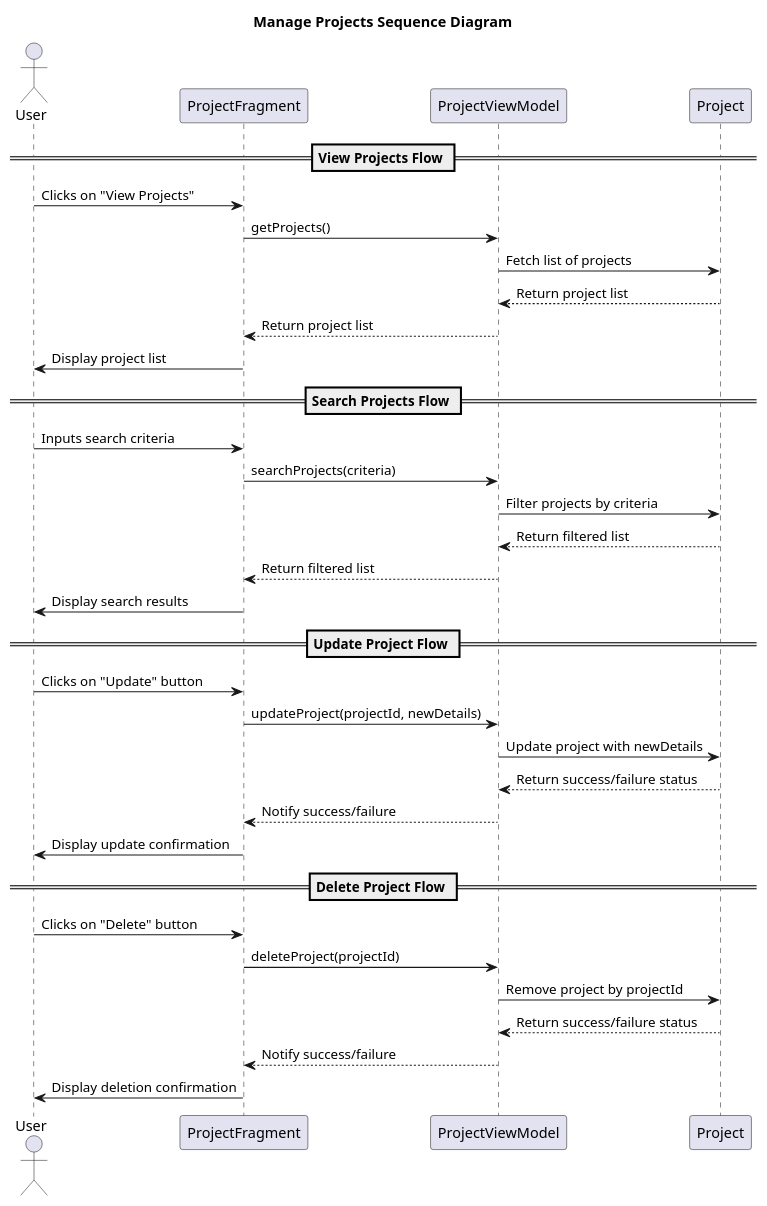
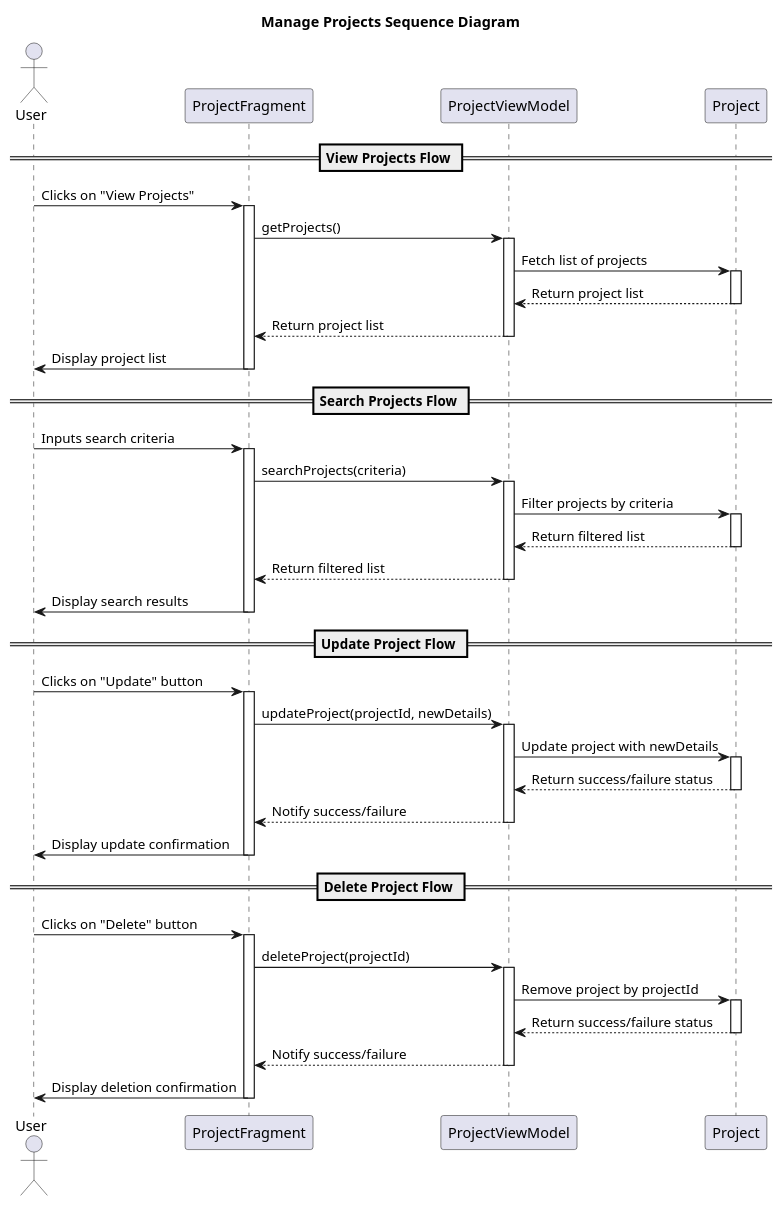
The diagram in ClassDiagram/MobileDiagram/ProjectsManagement/ManageProjectsSequenceDiagram.plantuml (Caothuludau/InSyncDocument), drawn with PlantUML before and after one commit. The commit also changed 14 other files, not shown here.

```diff
--- a/ClassDiagram/MobileDiagram/ProjectsManagement/ManageProjectsSequenceDiagram.plantuml
+++ b/ClassDiagram/MobileDiagram/ProjectsManagement/ManageProjectsSequenceDiagram.plantuml
@@ -1,42 +1,66 @@
 @startuml ManageProjectSequenceDiagram
 Title Manage Projects Sequence Diagram
 
 actor User
 
 participant "ProjectFragment" as Fragment
 participant "ProjectViewModel" as ViewModel
 participant "Project" as ProjectModel
 
 == View Projects Flow ==
 User -> Fragment: Clicks on "View Projects"
+activate Fragment
 Fragment -> ViewModel: getProjects()
+activate ViewModel
 ViewModel -> ProjectModel: Fetch list of projects
+activate ProjectModel
 ProjectModel --> ViewModel: Return project list
+deactivate ProjectModel
 ViewModel --> Fragment: Return project list
+deactivate ViewModel
 Fragment -> User: Display project list
+deactivate Fragment
 
 == Search Projects Flow ==
 User -> Fragment: Inputs search criteria
+activate Fragment
 Fragment -> ViewModel: searchProjects(criteria)
+activate ViewModel
 ViewModel -> ProjectModel: Filter projects by criteria
+activate ProjectModel
 ProjectModel --> ViewModel: Return filtered list
+deactivate ProjectModel
 ViewModel --> Fragment: Return filtered list
+deactivate ViewModel
 Fragment -> User: Display search results
+deactivate Fragment
 
 == Update Project Flow ==
 User -> Fragment: Clicks on "Update" button
+activate Fragment
 Fragment -> ViewModel: updateProject(projectId, newDetails)
+activate ViewModel
 ViewModel -> ProjectModel: Update project with newDetails
+activate ProjectModel
 ProjectModel --> ViewModel: Return success/failure status
+deactivate ProjectModel
 ViewModel --> Fragment: Notify success/failure
+deactivate ViewModel
 Fragment -> User: Display update confirmation
+deactivate Fragment
 
 == Delete Project Flow ==
 User -> Fragment: Clicks on "Delete" button
+activate Fragment
 Fragment -> ViewModel: deleteProject(projectId)
+activate ViewModel
 ViewModel -> ProjectModel: Remove project by projectId
+activate ProjectModel
 ProjectModel --> ViewModel: Return success/failure status
+deactivate ProjectModel
 ViewModel --> Fragment: Notify success/failure
+deactivate ViewModel
 Fragment -> User: Display deletion confirmation
+deactivate Fragment
 
 @enduml
```
